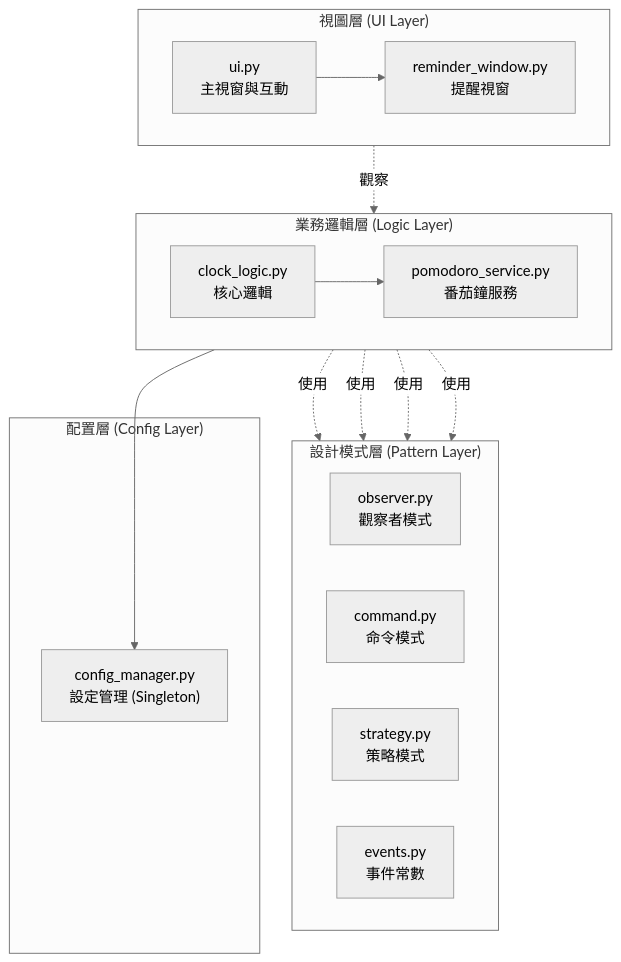
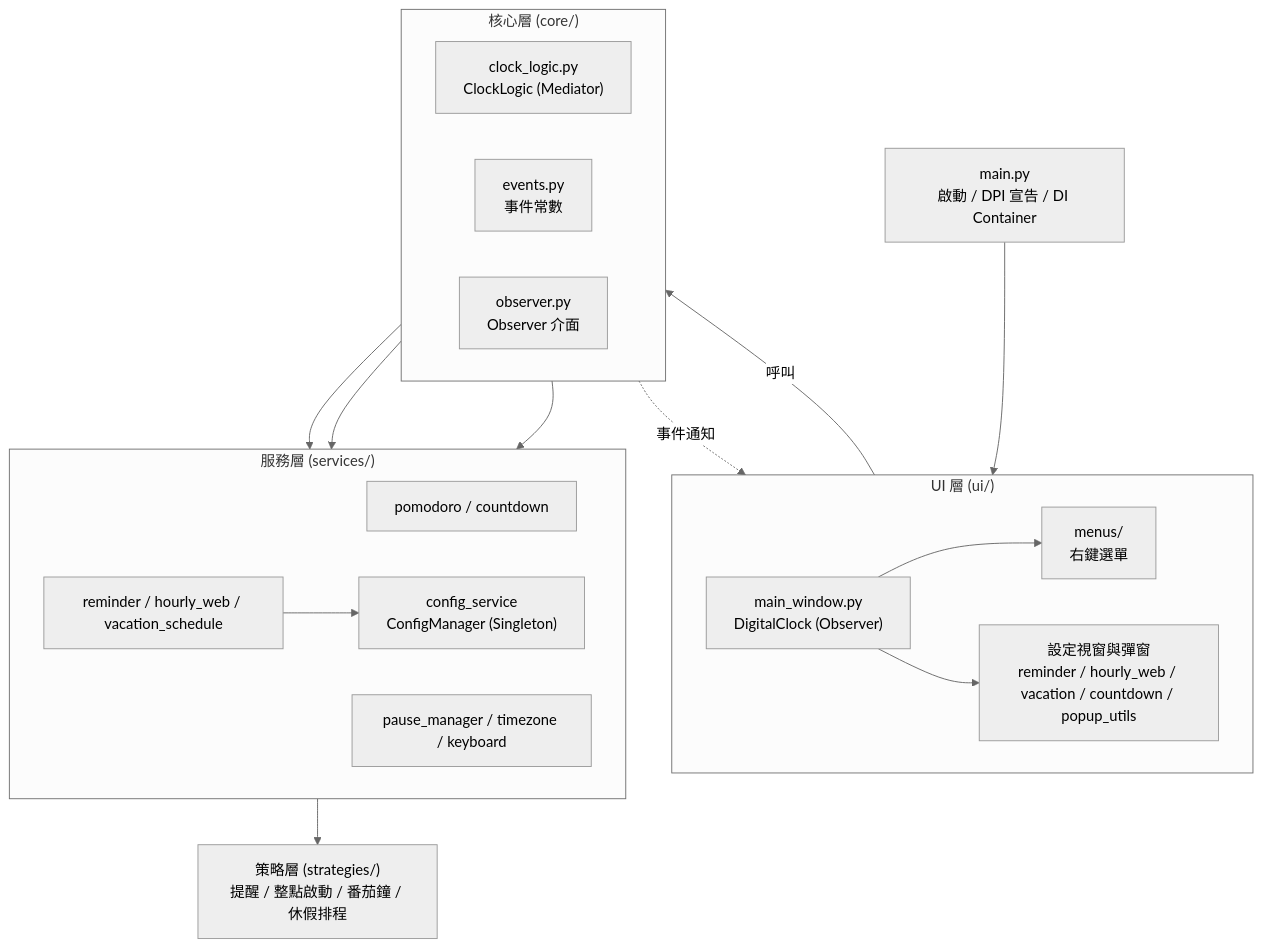
One commit to eric999j/digital_clock changed the diagram in README.md. Above: the diagram before and after it, drawn with Mermaid (neutral theme). The commit also changed other lines of this file, not shown here.

````diff
--- a/README.md
+++ b/README.md
@@ -64,32 +120,39 @@
 ```mermaid
 flowchart TB
-    subgraph UI_Layer["視圖層 (UI Layer)"]
+    MAIN["main.py<br/>啟動 / DPI 宣告 / DI Container"]
+
+    subgraph UI_Layer["UI 層 (ui/)"]
         direction LR
-        UI["ui.py<br/>主視窗與互動"]
-        RW["reminder_window.py<br/>提醒視窗"]
+        WINDOW["main_window.py<br/>DigitalClock (Observer)"]
+        MENUS["menus/<br/>右鍵選單"]
+        DIALOGS["設定視窗與彈窗<br/>reminder / hourly_web / vacation / countdown / popup_utils"]
     end
 
-    subgraph Logic_Layer["業務邏輯層 (Logic Layer)"]
+    subgraph Core_Layer["核心層 (core/)"]
         direction LR
-        CL["clock_logic.py<br/>核心邏輯"]
-        PS["pomodoro_service.py<br/>番茄鐘服務"]
+        LOGIC["clock_logic.py<br/>ClockLogic (Mediator)"]
+        EVT["events.py<br/>事件常數"]
+        OBS["observer.py<br/>Observer 介面"]
     end
 
-    subgraph Pattern_Layer["設計模式層 (Pattern Layer)"]
+    subgraph Service_Layer["服務層 (services/)"]
         direction LR
-        OB["observer.py<br/>觀察者模式"]
-        CMD["command.py<br/>命令模式"]
-        STR["strategy.py<br/>策略模式"]
-        EVT["events.py<br/>事件常數"]
+        POMO["pomodoro / countdown"]
+        REMS["reminder / hourly_web / vacation_schedule"]
+        MISC["pause_manager / timezone / keyboard"]
+        CFG["config_service<br/>ConfigManager (Singleton)"]
     end
 
-    subgraph Config_Layer["配置層 (Config Layer)"]
-        CM["config_manager.py<br/>設定管理 (Singleton)"]
-    end
+    STR["策略層 (strategies/)<br/>提醒 / 整點啟動 / 番茄鐘 / 休假排程"]
 
-    UI -.->|觀察| CL
-    UI --> RW
-    CL --> PS
-    CL --> CM
-    CL -.->|使用| OB & CMD & STR & EVT
+    MAIN --> WINDOW
+    WINDOW --> MENUS
+    WINDOW --> DIALOGS
+    WINDOW -->|呼叫| LOGIC
+    LOGIC -.->|事件通知| WINDOW
+    LOGIC --> POMO
+    LOGIC --> REMS
+    LOGIC --> MISC
+    REMS --> STR
+    REMS --> CFG
 ```
````
